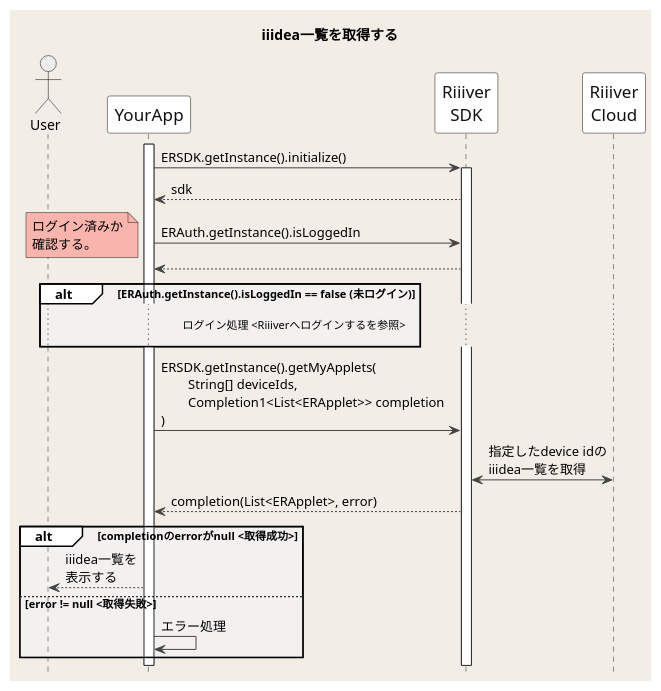
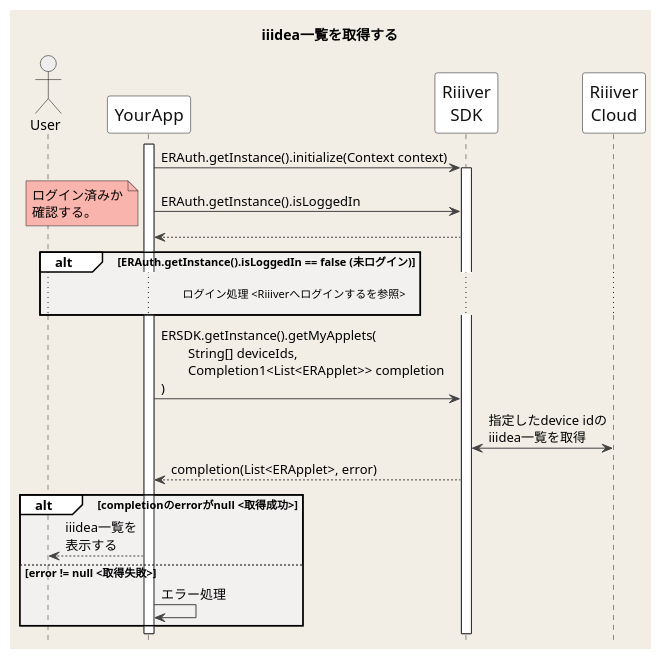
One commit to CitizenWatch/RiiiverResources changed the diagram in images/Android/ja/Sequences/getIiideaList.pu. Above: the diagram before and after it, drawn with PlantUML. The commit also changed 3 other files, not shown here.

Commit message:
シーケンス図の誤りを修正

```diff
--- a/images/Android/ja/Sequences/getIiideaList.pu
+++ b/images/Android/ja/Sequences/getIiideaList.pu
@@ -1,59 +1,58 @@
 @startuml
 title iiidea一覧を取得する
 hide footbox
 
 skinparam DefaultFontName "Noto Sans JP, Helvetica, Arial, Liberation Sans"
 skinparam BackgroundColor #F2EEE6
 skinparam Shadowing false
 skinparam NoteBackgroundColor #F9B5AD
 skinparam NodeBorderColor #F26767
 
 skinparam sequence {
 ArrowColor #444444
 ActorBorderColor Black
 LifeLineBorderColor #222222
 LifeLineBackgroundColor White
 BoxBorderColor #FFFFFF
 BoxBackgroundColor #F2fEf6
 GroupBackgroundColor #FFFFFF
 GroupBodyBackgroundColor #F3F0F0
 
 ParticipantBorderColor #111111
 ParticipantBackgroundColor White
 ParticipantFontSize 17
 ParticipantFontColor #111111
 BoundaryBorderColor Gray
 ActorBackgroundColor #eeeeee
 ActorFontColor Black
 
 }
 
 actor User
 participant YourApp as App
 participant "Riiiver\nSDK" as ERSDK
 participant "Riiiver\nCloud" as Riiiver
 
 activate App
 
-App -> ERSDK: ERSDK.getInstance().initialize()
+App -> ERSDK: ERAuth.getInstance().initialize(Context context)
 activate ERSDK
-App <-- ERSDK: sdk
 
 App -> ERSDK: ERAuth.getInstance().isLoggedIn
 note left: ログイン済みか\n確認する。
 ERSDK --> App:
 
 alt ERAuth.getInstance().isLoggedIn == false (未ログイン)
     ... ログイン処理 <Riiiverへログインするを参照>                           ...
 end
 
 App -> ERSDK: ERSDK.getInstance().getMyApplets(\n\tString[] deviceIds,\n\tCompletion1<List<ERApplet>> completion\n)
 ERSDK <-> Riiiver: 指定したdevice idの\niiidea一覧を取得
 App <-- ERSDK: completion(List<ERApplet>, error)
 alt completionのerrorがnull <取得成功>
     User <-- App: iiidea一覧を\n表示する
 else error != null <取得失敗>
     App -> App: エラー処理
 end
 
 @enduml
```
